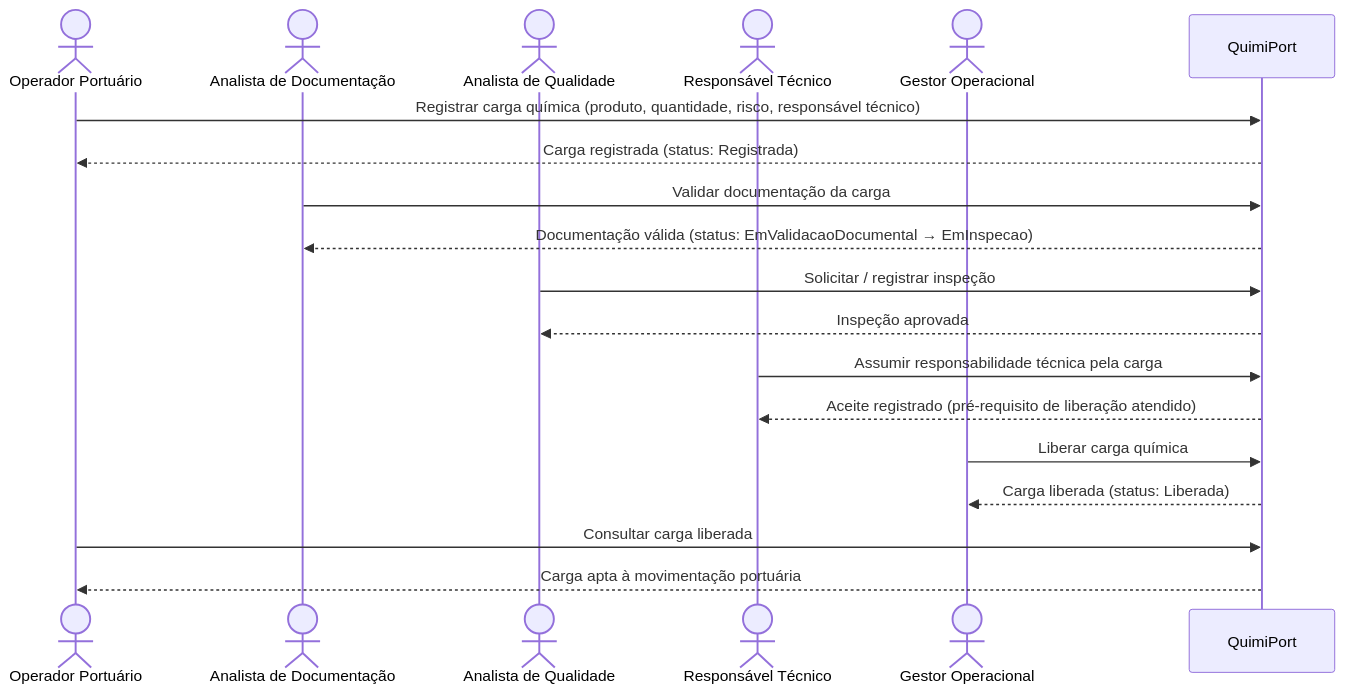
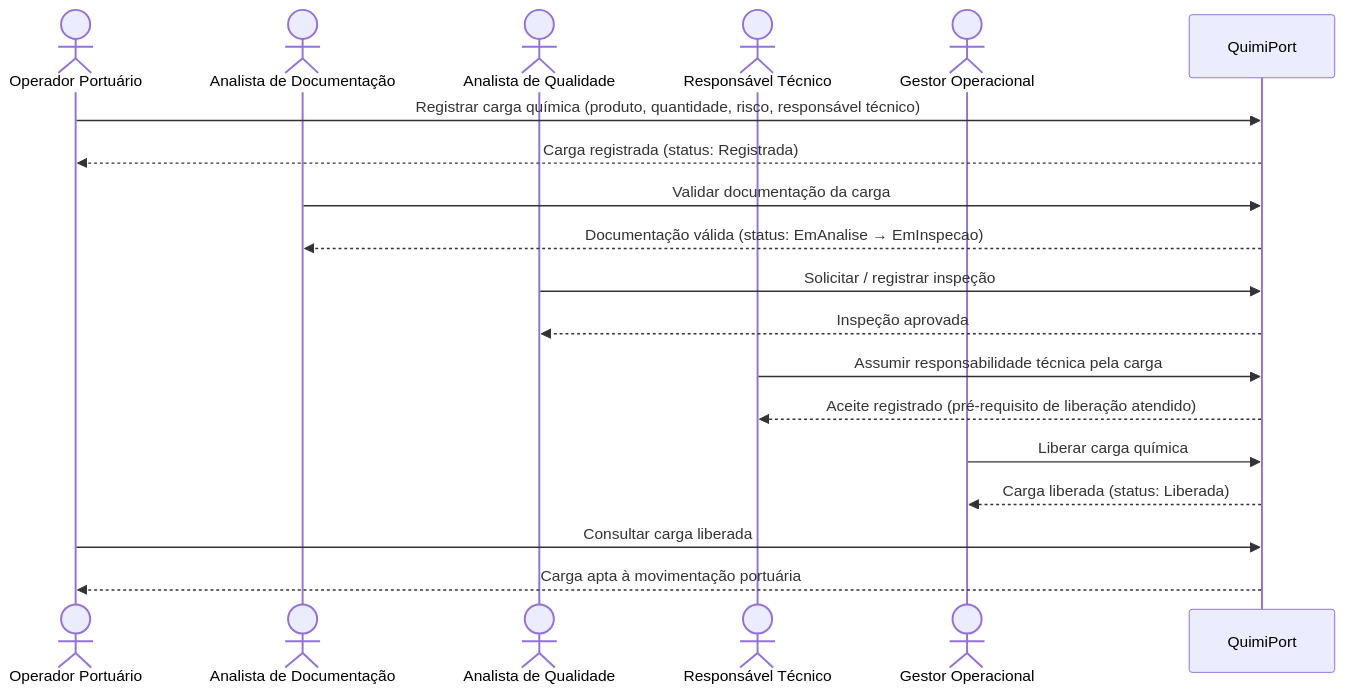
One commit to LuisCastanh0/quimiport changed the second of 2 diagrams in docs/casos-de-uso.md. Above: the diagram before and after it, drawn with Mermaid. The commit also changed other lines of this file and 8 other files, not shown here.

````diff
--- a/docs/casos-de-uso.md
+++ b/docs/casos-de-uso.md
@@ -69,27 +70,27 @@
 ```mermaid
 sequenceDiagram
     actor OP as Operador Portuário
     actor AD as Analista de Documentação
     actor AQ as Analista de Qualidade
     actor RT as Responsável Técnico
     actor GO as Gestor Operacional
     participant SYS as QuimiPort
 
     OP->>SYS: Registrar carga química (produto, quantidade, risco, responsável técnico)
     SYS-->>OP: Carga registrada (status: Registrada)
 
     AD->>SYS: Validar documentação da carga
-    SYS-->>AD: Documentação válida (status: EmValidacaoDocumental → EmInspecao)
+    SYS-->>AD: Documentação válida (status: EmAnalise → EmInspecao)
 
     AQ->>SYS: Solicitar / registrar inspeção
     SYS-->>AQ: Inspeção aprovada
 
     RT->>SYS: Assumir responsabilidade técnica pela carga
     SYS-->>RT: Aceite registrado (pré-requisito de liberação atendido)
 
     GO->>SYS: Liberar carga química
     SYS-->>GO: Carga liberada (status: Liberada)
 
     OP->>SYS: Consultar carga liberada
     SYS-->>OP: Carga apta à movimentação portuária
 ```
````
